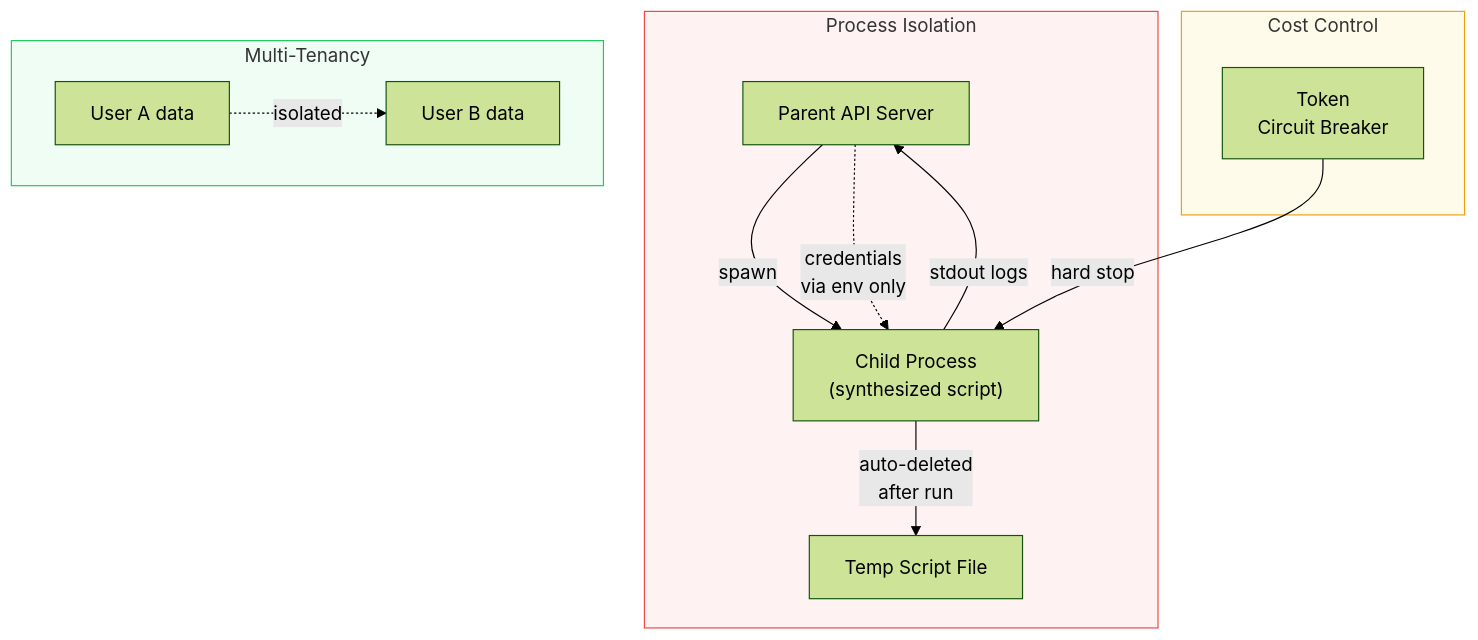
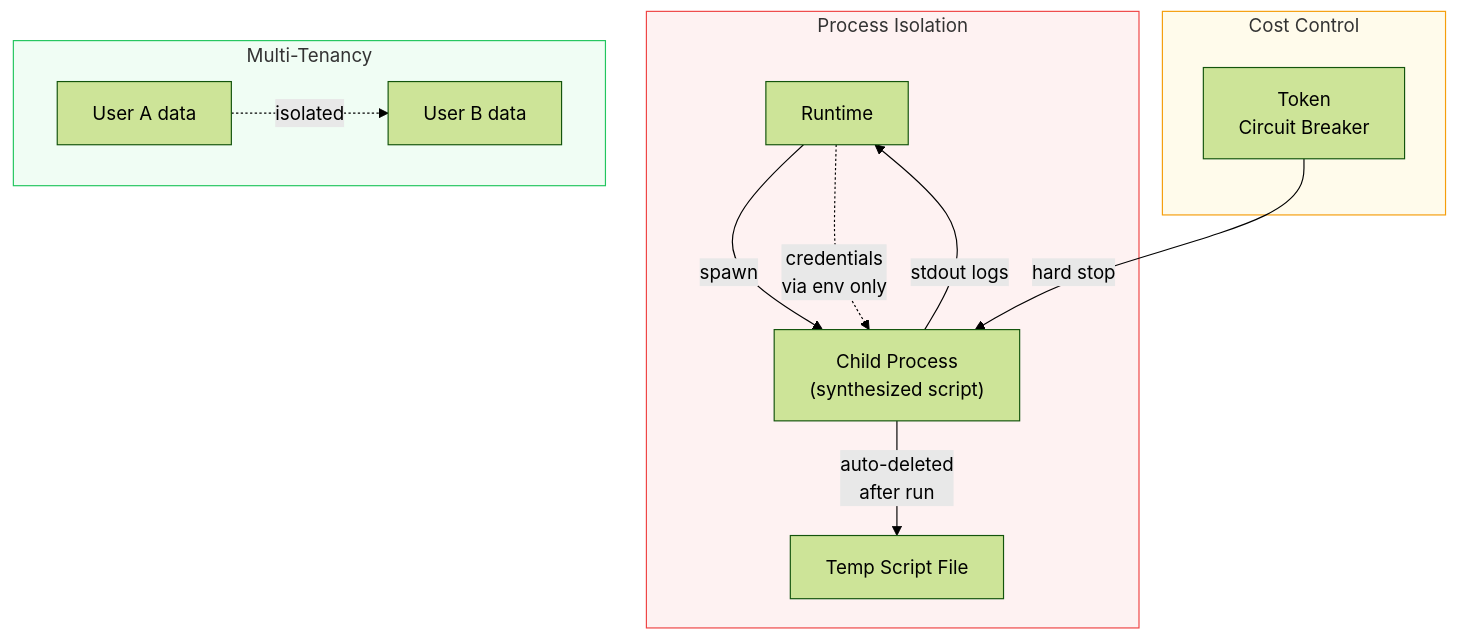
Diagram 14 of 14 in README.md (whitebearhands/hierarch_public), drawn with Mermaid (forest theme) before and after one commit. The commit also changed other lines of this file, not shown here.

````diff
--- a/README.md
+++ b/README.md
@@ -425,21 +430,21 @@
 ```mermaid
 flowchart TD
     subgraph Isolation["Process Isolation"]
-        P["Parent API Server"] -->|"spawn"| CH["Child Process\n(synthesized script)"]
+        P["Runtime"] -->|"spawn"| CH["Child Process\n(synthesized script)"]
         P -. "credentials\nvia env only" .-> CH
         CH -->|"stdout logs"| P
         CH -->|"auto-deleted\nafter run"| TMP["Temp Script File"]
     end
 
     subgraph Budget["Cost Control"]
         CB2["Token\nCircuit Breaker"] -->|"hard stop"| CH
     end
 
     subgraph Tenancy["Multi-Tenancy"]
         U1["User A data"] -. isolated .-> U2["User B data"]
     end
 
     style Isolation fill:#fef2f2,stroke:#ef4444
     style Budget fill:#fffbeb,stroke:#f59e0b
     style Tenancy fill:#f0fdf4,stroke:#22c55e
 ```
````
